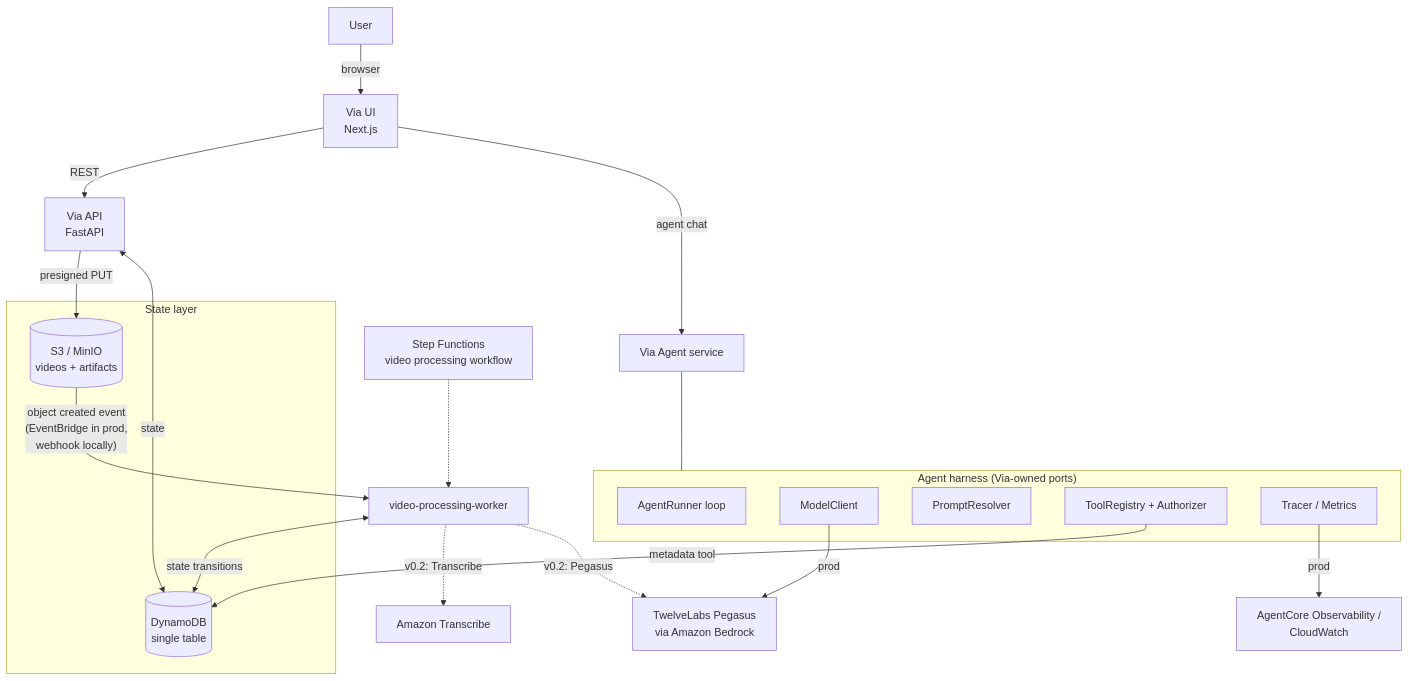
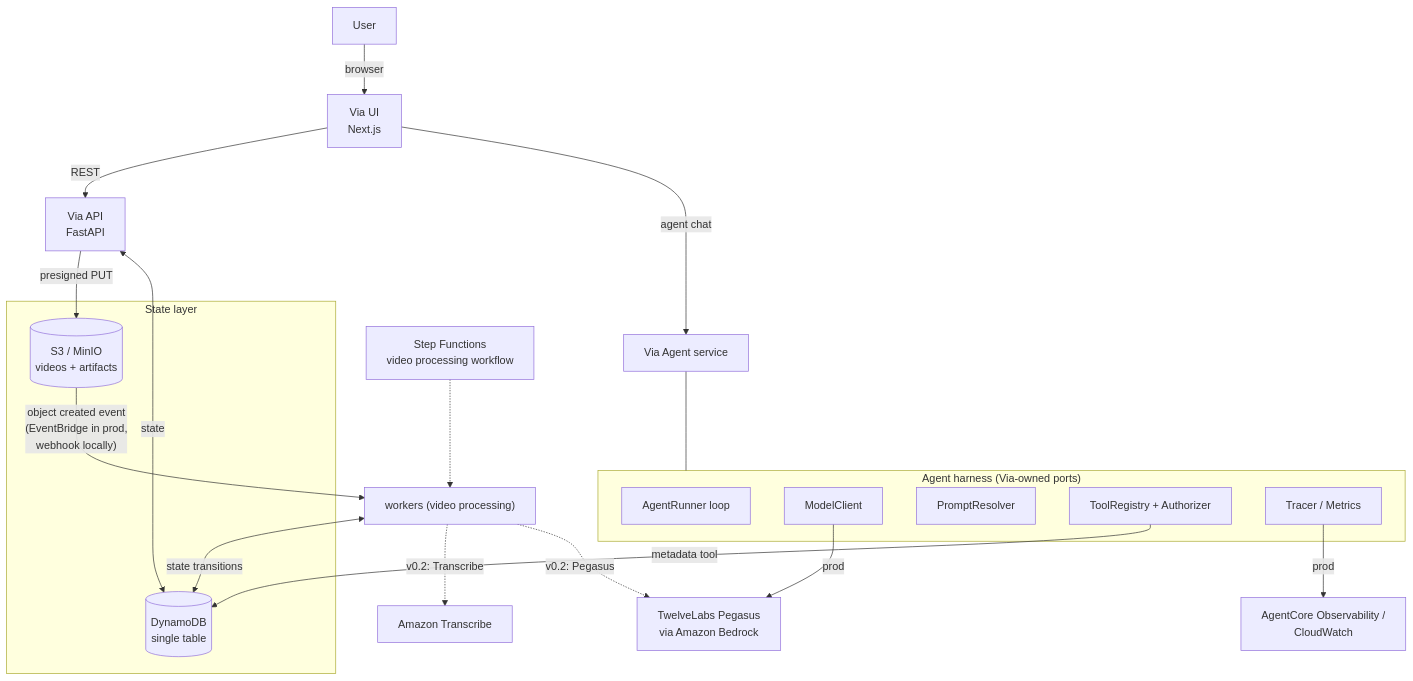
One commit to hsmahon/via changed the diagram in docs/architecture.md. Above: the diagram before and after it, drawn with Mermaid. The commit also changed 19 other files, not shown here.

````diff
--- a/docs/architecture.md
+++ b/docs/architecture.md
@@ -8,33 +8,33 @@
 ```mermaid
 flowchart TB
     User[User] -->|browser| UI["Via UI\nNext.js"]
     UI -->|REST| API["Via API\nFastAPI"]
 
     subgraph Storage["State layer"]
         S3[(S3 / MinIO\nvideos + artifacts)]
         DDB[(DynamoDB\nsingle table)]
     end
 
     API -->|presigned PUT| S3
     API <-->|state| DDB
 
-    S3 -->|"object created event\n(EventBridge in prod,\nwebhook locally)"| Worker["video-processing-worker"]
+    S3 -->|"object created event\n(EventBridge in prod,\nwebhook locally)"| Worker["workers (video processing)"]
     Worker <-->|state transitions| DDB
     Worker -.->|v0.2: Transcribe| T[Amazon Transcribe]
     Worker -.->|v0.2: Pegasus| P[TwelveLabs Pegasus\nvia Amazon Bedrock]
 
     UI -->|agent chat| Agent["Via Agent service"]
     subgraph Harness["Agent harness (Via-owned ports)"]
         R[AgentRunner loop]
         M[ModelClient]
         PR[PromptResolver]
         TR[ToolRegistry + Authorizer]
         O[Tracer / Metrics]
     end
     Agent --- Harness
     M -->|prod| P
     TR -->|metadata tool| DDB
     O -->|prod| OBS[AgentCore Observability /\nCloudWatch]
 
     SFN[Step Functions\nvideo processing workflow] -.-> Worker
 ```
````
